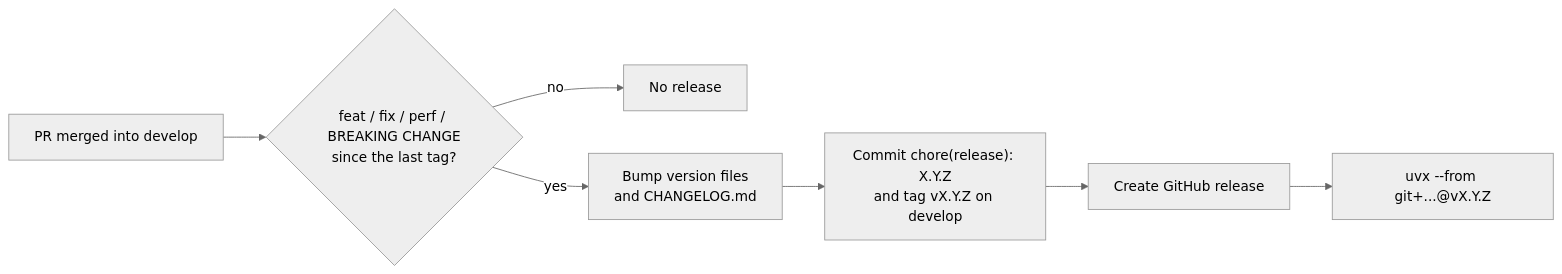
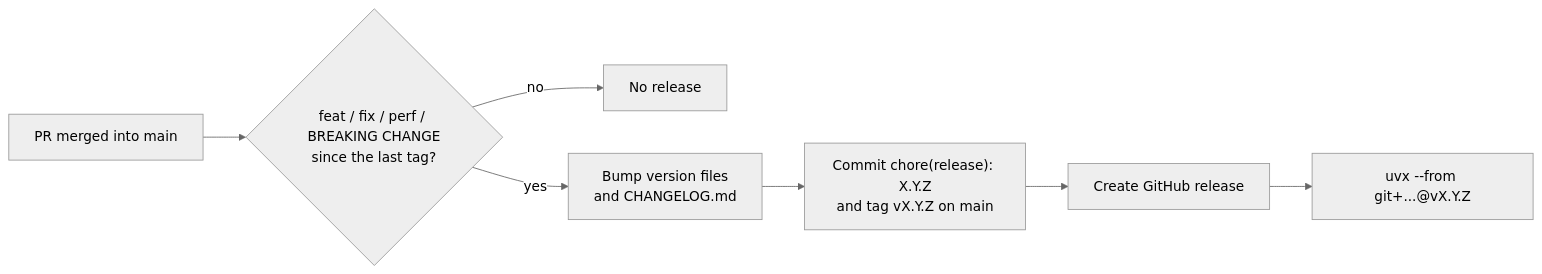
One commit to jeffmay/pyopenapi_gen changed the diagram in docs/release-automation.md. Above: the diagram before and after it, drawn with Mermaid (neutral theme). The commit also changed other lines of this file and 10 other files, not shown here.

First line of the commit message:
ci: rename default branch from develop to main

````diff
--- a/docs/release-automation.md
+++ b/docs/release-automation.md
@@ -15,9 +15,9 @@
 ```mermaid
 graph LR
-    A[PR merged into develop] --> B{feat / fix / perf / BREAKING CHANGE<br/>since the last tag?}
+    A[PR merged into main] --> B{feat / fix / perf / BREAKING CHANGE<br/>since the last tag?}
     B -- no --> C[No release]
     B -- yes --> D[Bump version files<br/>and CHANGELOG.md]
-    D --> E["Commit chore(release): X.Y.Z<br/>and tag vX.Y.Z on develop"]
+    D --> E["Commit chore(release): X.Y.Z<br/>and tag vX.Y.Z on main"]
     E --> F[Create GitHub release]
     F --> G["uvx --from git+...@vX.Y.Z"]
 ```
````
